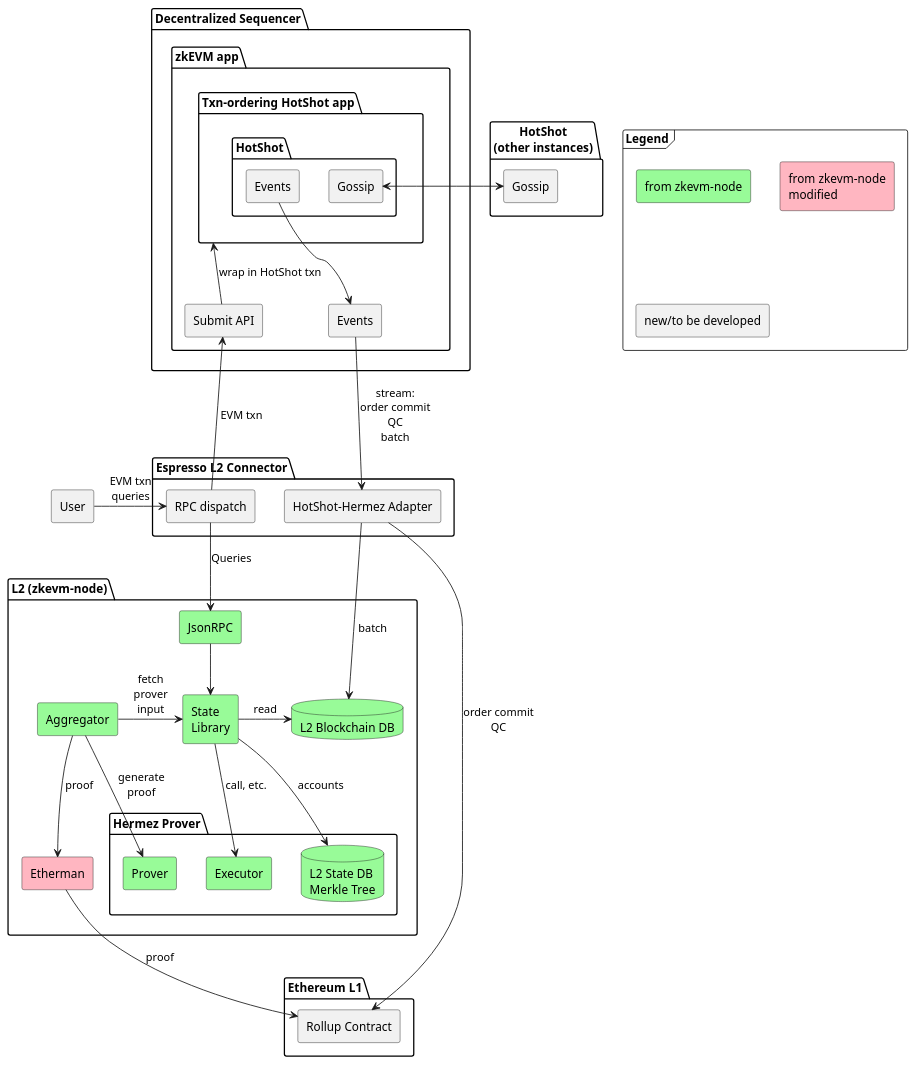
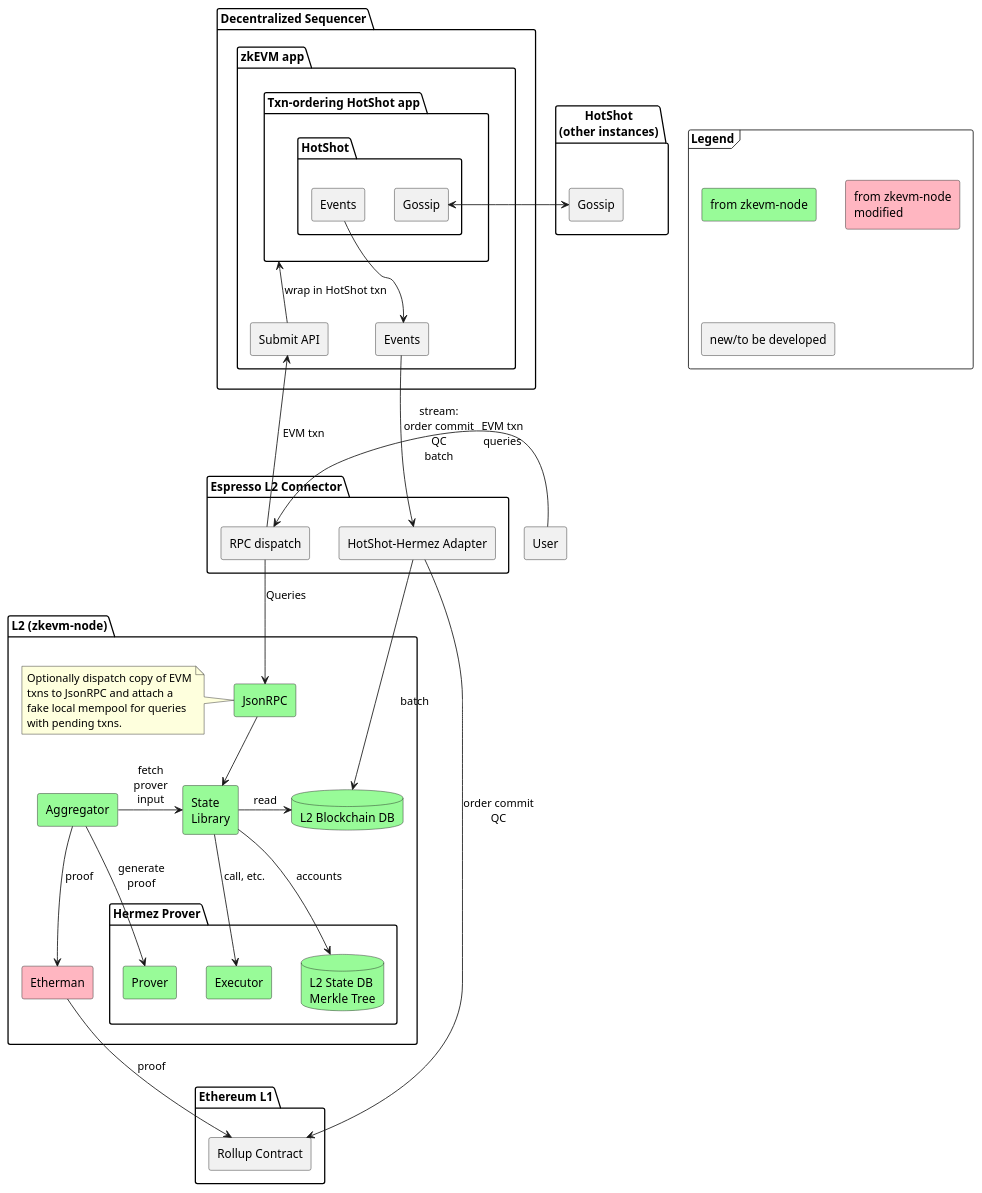
Before and after one commit to EspressoSystems/espresso-sequencer: the diagram in doc/minimal-hermez.puml, drawn with PlantUML. The commit also changed 1 other file, not shown here.

Commit message:
Add note about support for pending transactions

```diff
--- a/doc/minimal-hermez.puml
+++ b/doc/minimal-hermez.puml
@@ -1,86 +1,92 @@
 @startuml
 skinparam componentStyle rectangle
 
 frame Legend {
   component "from zkevm-node" #PaleGreen
   component "from zkevm-node\nmodified" #LightPink
   component "new/to be developed"
 }
 
 component User
 package "HotShot\n(other instances)" as HotShotExternal {
   component "Gossip" as GossipExternal
 }
 
 package "Decentralized Sequencer" {
   package "zkEVM app" as zkApp {
     component Events
     component "Submit API" as Submit
     package "Txn-ordering HotShot app" as App {
       package HotShot {
         component "Gossip" as GossipInternal
         component "Events" as HotShotEvents
       }
     }
   }
 }
 
 
 package "Espresso L2 Connector" as Connector {
   component "HotShot-Hermez Adapter" as Adapter
   component "RPC dispatch" as Dispatch
 }
 
 package "Ethereum L1" as L1 {
   component "Rollup Contract" as Rollup
   ' component "Bridge L1" as BridgeL1 #PaleGreen
 }
 
 
 package "L2 (zkevm-node)" as L2 {
   component JsonRPC #PaleGreen
+  note left of JsonRPC
+    Optionally dispatch copy of EVM
+    txns to JsonRPC and attach a
+    fake local mempool for queries
+    with pending txns.
+  end note
   database L2DB #PaleGreen [
     L2 Blockchain DB
   ]
   package "Hermez Prover" as HermezProver {
     component Prover #PaleGreen
     component Executor #PaleGreen
     database Tree #PaleGreen [
       L2 State DB
       Merkle Tree
     ]
   }
   'component "Bridge L2" as BridgeL2 #PaleGreen
   component Etherman #LightPink
   component Aggregator #PaleGreen
   component "State\nLibrary" as State #PaleGreen
 }
 
 User -> Dispatch: EVM txn\nqueries
 Dispatch --> JsonRPC: Queries
 Dispatch -up-> Submit: EVM txn
 
 GossipInternal <-> GossipExternal
 
 Events --> Adapter: stream:\norder commit\nQC\nbatch
 
 Adapter -> L2DB: batch
 Adapter -> Rollup: order commit\nQC
 
 JsonRPC --> State
 
 State -> L2DB: read
 State --> Tree: accounts
 State --> Executor: call, etc.
 
 Aggregator -> State: fetch\nprover\ninput
 Aggregator --> Etherman: proof
 Aggregator -> Prover: generate\nproof
 Etherman --> Rollup: proof
 
 ' Prover ..> BridgeL2
 ' User --> BridgeL1
 Submit -up-> App: wrap in HotShot txn
 HotShotEvents -down-> Events
 
 @enduml
```
